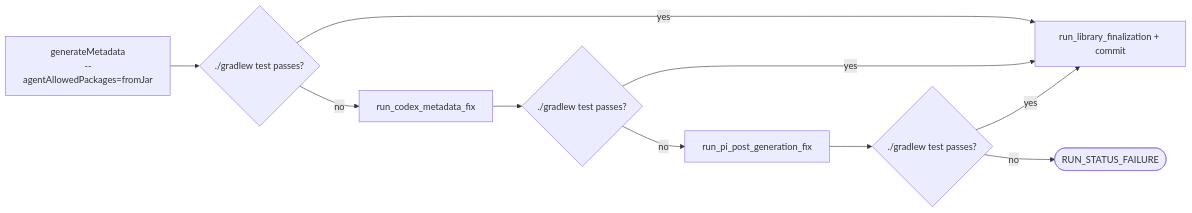
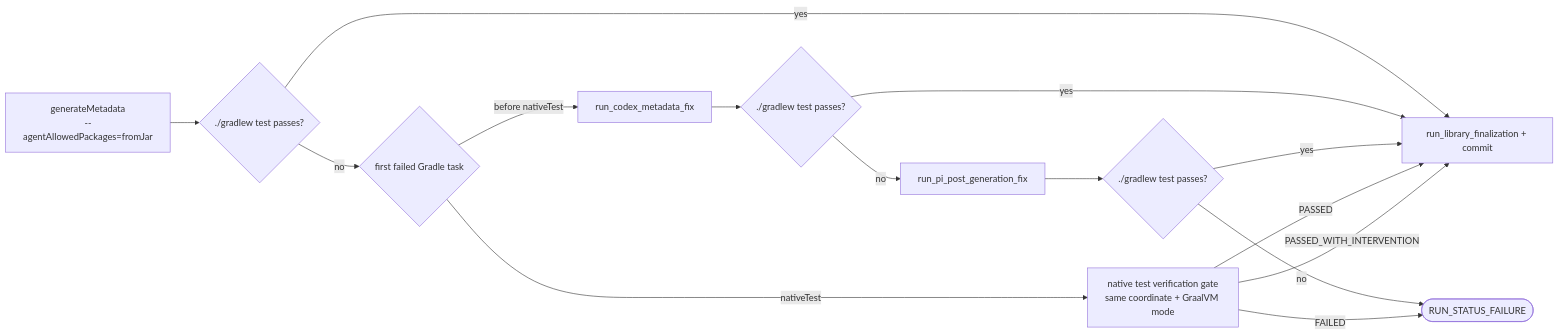
One commit to oracle/graalvm-reachability-metadata changed the fifth of 5 diagrams in forge/docs/workflows/dynamic-access.md. Above: the diagram before and after it, drawn with Mermaid. The commit also changed other lines of this file and 12 other files, not shown here.

Commit message:
Route dynamic access finalization through native gate

````diff
--- a/forge/docs/workflows/dynamic-access.md
+++ b/forge/docs/workflows/dynamic-access.md
@@ -480,12 +480,17 @@
 ```mermaid
 flowchart LR
     GenMD[generateMetadata<br/>--agentAllowedPackages=fromJar] --> Test{./gradlew test passes?}
     Test -- yes --> Finalize[run_library_finalization + commit]
-    Test -- no --> Codex[run_codex_metadata_fix]
+    Test -- no --> FailedTask{first failed Gradle task}
+    FailedTask -- "before nativeTest" --> Codex[run_codex_metadata_fix]
     Codex --> Retest{./gradlew test passes?}
     Retest -- yes --> Finalize
     Retest -- no --> Pi[run_pi_post_generation_fix]
     Pi --> Rerun{./gradlew test passes?}
     Rerun -- yes --> Finalize
     Rerun -- no --> Fail([RUN_STATUS_FAILURE])
+    FailedTask -- nativeTest --> Gate[native test verification gate<br/>same coordinate + GraalVM mode]
+    Gate -- PASSED --> Finalize
+    Gate -- PASSED_WITH_INTERVENTION --> Finalize
+    Gate -- FAILED --> Fail
 ```
````
